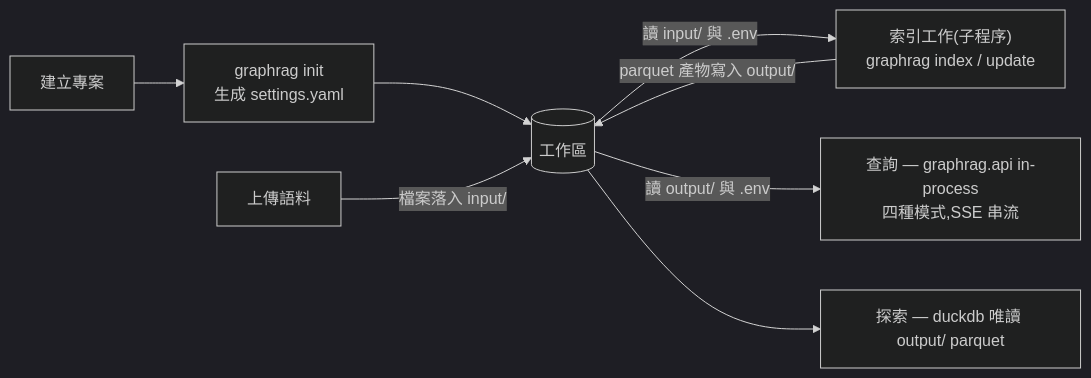
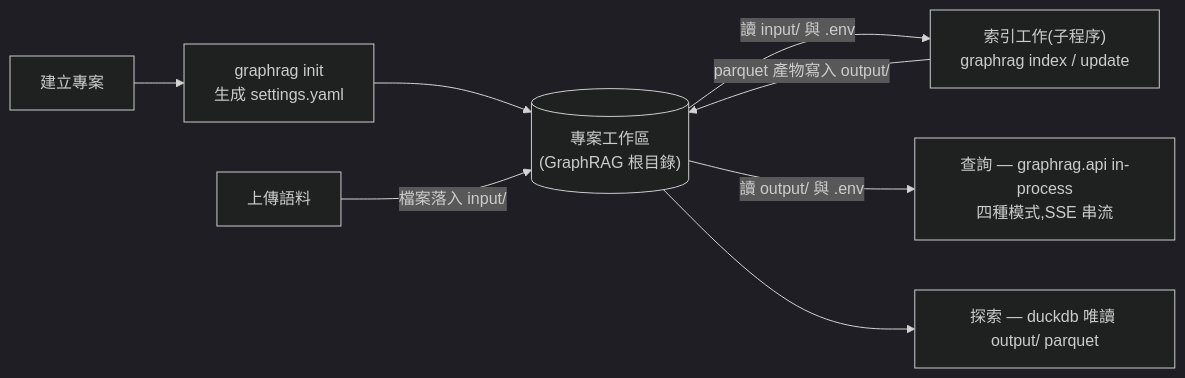
One commit to kehao-playground/graphrag-web-ui changed the second of 3 diagrams in docs/zh-TW/README.md. Above: the diagram before and after it, drawn with Mermaid (dark theme). The commit also changed other lines of this file and 1 other file, not shown here.

First line of the commit message:
docs(readme): define workspace as the app's term for the GraphRAG root

````diff
--- a/docs/zh-TW/README.md
+++ b/docs/zh-TW/README.md
@@ -67,10 +69,10 @@
 ```mermaid
 flowchart LR
     P["建立專案"] --> I["graphrag init<br/>生成 settings.yaml"]
-    I --> W[("工作區")]
+    I --> W[("專案工作區<br/>(GraphRAG 根目錄)")]
     U["上傳語料"] -->|"檔案落入 input/"| W
     W -->|"讀 input/ 與 .env"| X["索引工作(子程序)<br/>graphrag index / update"]
     X -->|"parquet 產物寫入 output/"| W
     W -->|"讀 output/ 與 .env"| Q["查詢 — graphrag.api in-process<br/>四種模式,SSE 串流"]
     W --> E["探索 — duckdb 唯讀 output/ parquet"]
 ```
````
